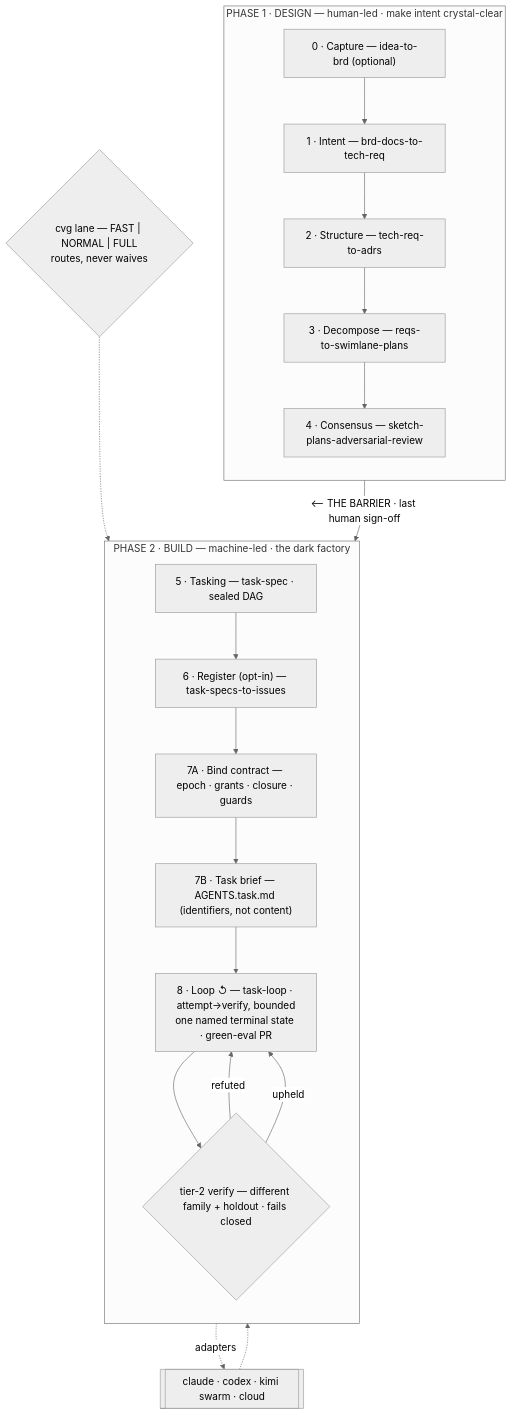
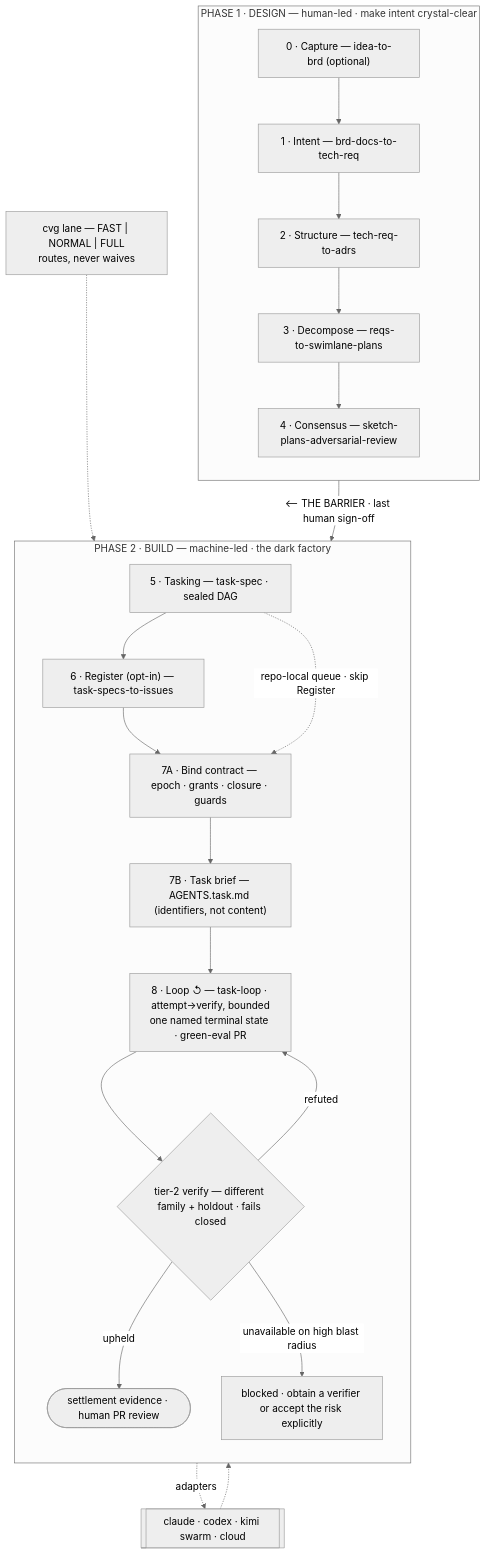
One commit to cb2204/converge changed the diagram in README.md. Above: the diagram before and after it, drawn with Mermaid (neutral theme). The commit also changed other lines of this file and 5 other files, not shown here.

````diff
--- a/README.md
+++ b/README.md
@@ -84,28 +84,32 @@
 ```mermaid
 flowchart TB
   subgraph DESIGN["PHASE 1 · DESIGN — human-led · make intent crystal-clear"]
     direction TB
     P0["0 · Capture — idea-to-brd (optional)"]
     P1["1 · Intent — brd-docs-to-tech-req"]
     P2["2 · Structure — tech-req-to-adrs"]
     P3["3 · Decompose — reqs-to-swimlane-plans"]
     P4["4 · Consensus — sketch-plans-adversarial-review"]
     P0 --> P1 --> P2 --> P3 --> P4
   end
   P4 -->|"⟵ THE BARRIER · last human sign-off"| P5
   subgraph BUILD["PHASE 2 · BUILD — machine-led · the dark factory"]
     direction TB
     P5["5 · Tasking — task-spec · sealed DAG"]
     P6["6 · Register (opt-in) — task-specs-to-issues"]
     P7["7A · Bind contract — epoch · grants · closure · guards"]
     P7B["7B · Task brief — AGENTS.task.md (identifiers, not content)"]
     P8["8 · Loop ↺ — task-loop · attempt→verify, bounded<br/>one named terminal state · green-eval PR"]
     VER{"tier-2 verify — different family + holdout · fails closed"}
+    DONE(["settlement evidence · human PR review"])
+    HOLD["blocked · obtain a verifier or accept the risk explicitly"]
     P5 --> P6 --> P7 --> P7B --> P8 --> VER
+    P5 -.->|"repo-local queue · skip Register"| P7
   end
-  LANE{"cvg lane — FAST | NORMAL | FULL<br/>routes, never waives"} -.-> P5
+  LANE["cvg lane — FAST | NORMAL | FULL<br/>routes, never waives"] -.-> P5
   P7B -.->|"adapters"| H[["claude · codex · kimi swarm · cloud"]]
   H -.-> P8
   VER -->|refuted| P8
-  VER -->|upheld| P8
+  VER -->|upheld| DONE
+  VER -->|unavailable on high blast radius| HOLD
 ```
````
